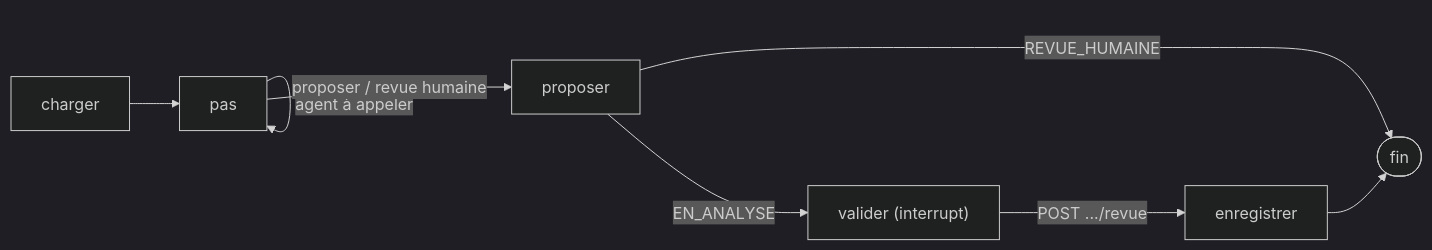
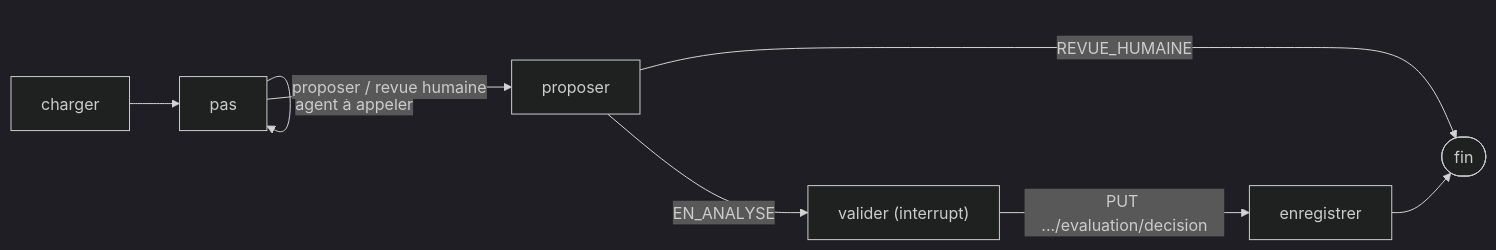
One commit to acerolaz/agentinsurflow changed the diagram in agentic-cluster/README.md. Above: the diagram before and after it, drawn with Mermaid (dark theme). The commit also changed other lines of this file and 90 other files, not shown here.

````diff
--- a/agentic-cluster/README.md
+++ b/agentic-cluster/README.md
@@ -7,9 +7,9 @@
 ```mermaid
 flowchart LR
     C[charger] --> P[pas]
     P -->|"agent à appeler"| P
     P -->|"proposer / revue humaine"| PR[proposer]
     PR -->|"EN_ANALYSE"| V["valider (interrupt)"]
     PR -->|"REVUE_HUMAINE"| F([fin])
-    V -->|"POST .../revue"| E[enregistrer] --> F
+    V -->|"PUT .../evaluation/decision"| E[enregistrer] --> F
 ```
````
